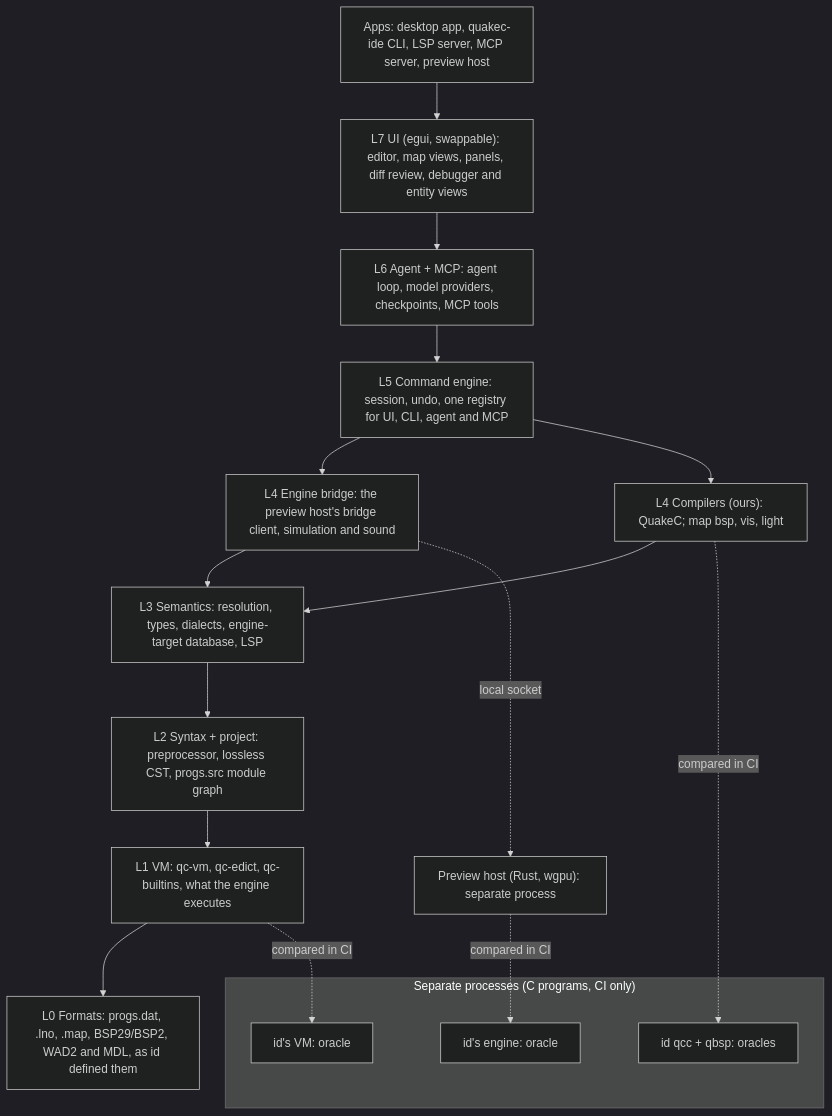
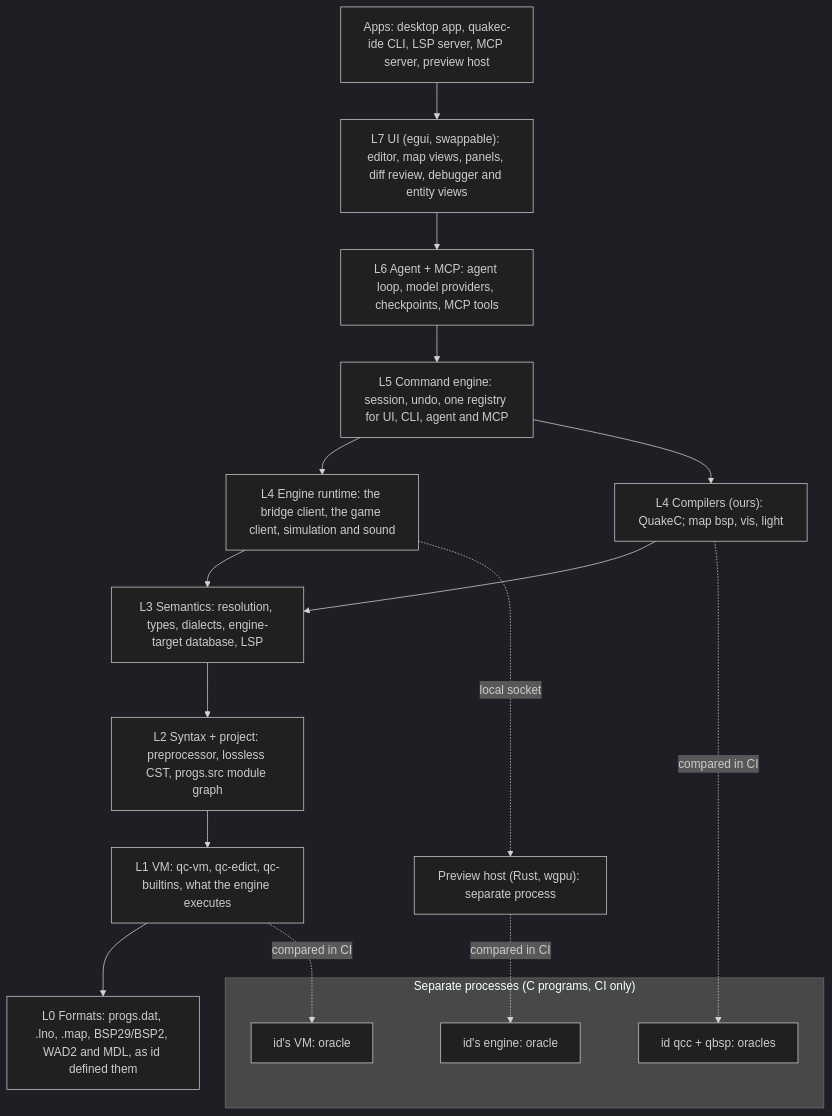
Before and after one commit to quakecstudio/editor: the diagram in docs/layers.md, drawn with Mermaid (dark theme). The commit also changed other lines of this file and 10 other files, not shown here.

````diff
--- a/docs/layers.md
+++ b/docs/layers.md
@@ -9,29 +9,29 @@
 ```mermaid
 flowchart TB
   apps["Apps: desktop app, quakec-ide CLI, LSP server, MCP server, preview host"]
   ui["L7 UI (egui, swappable): editor, map views, panels, diff review, debugger and entity views"]
   agent["L6 Agent + MCP: agent loop, model providers, checkpoints, MCP tools"]
   cmd["L5 Command engine: session, undo, one registry for UI, CLI, agent and MCP"]
-  eb["L4 Engine bridge: the preview host's bridge client, simulation and sound"]
+  eb["L4 Engine runtime: the bridge client, the game client, simulation and sound"]
   cb["L4 Compilers (ours): QuakeC; map bsp, vis, light"]
   sema["L3 Semantics: resolution, types, dialects, engine-target database, LSP"]
   syn["L2 Syntax + project: preprocessor, lossless CST, progs.src module graph"]
   vm["L1 VM: qc-vm, qc-edict, qc-builtins, what the engine executes"]
   fmt["L0 Formats: progs.dat, .lno, .map, BSP29/BSP2, WAD2 and MDL, as id defined them"]
   subgraph gpl["Separate processes (C programs, CI only)"]
     oracles["id qcc + qbsp: oracles"]
     engine["id's engine: oracle"]
     idvm["id's VM: oracle"]
   end
   host["Preview host (Rust, wgpu): separate process"]
   apps --> ui --> agent --> cmd
   cmd --> eb
   cmd --> cb
   eb --> sema
   cb --> sema
   sema --> syn --> vm --> fmt
   cb -. compared in CI .-> oracles
   eb -. local socket .-> host
   host -. compared in CI .-> engine
   vm -. compared in CI .-> idvm
 ```
````
